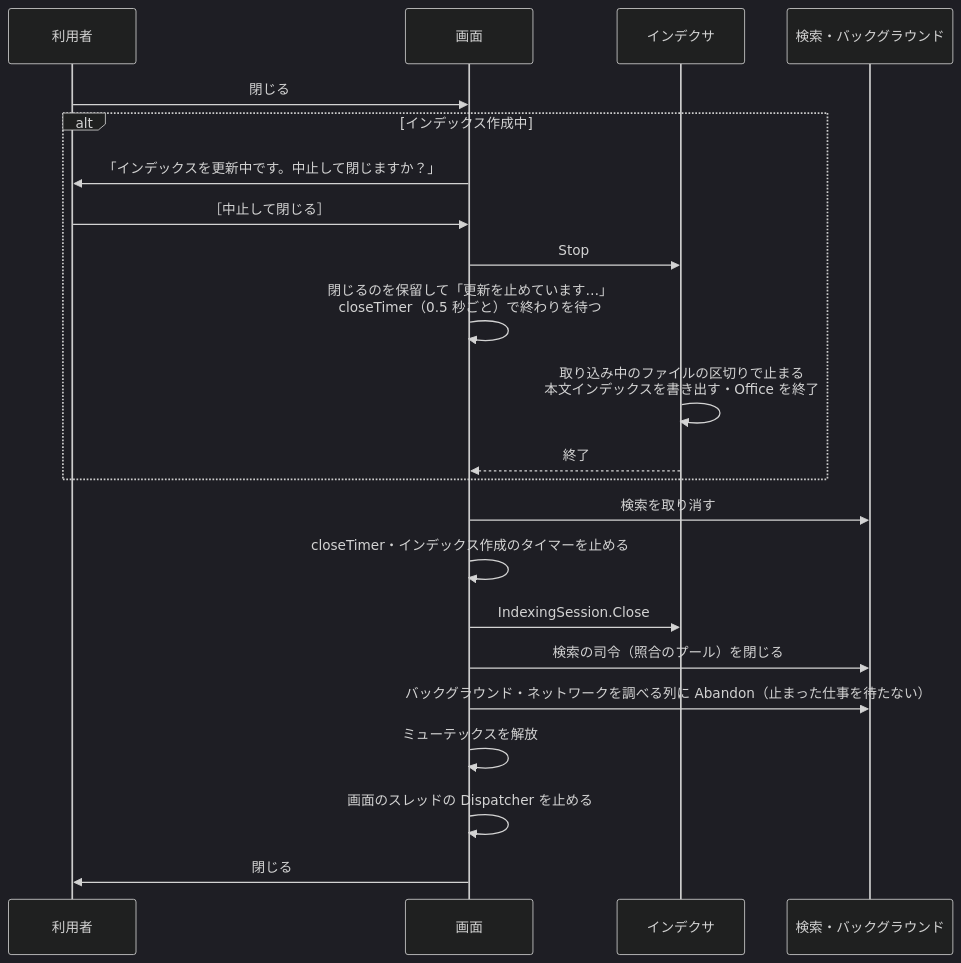
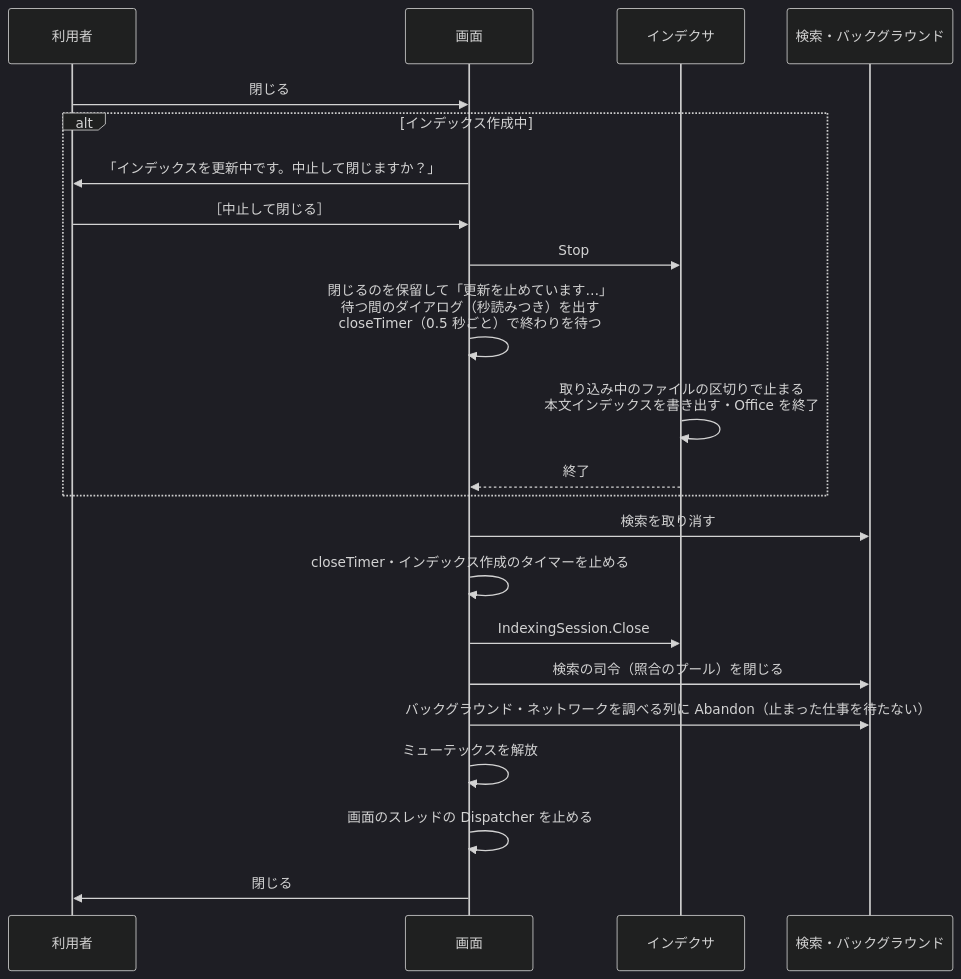
Before and after one commit to hsgwa/tebunko: the diagram in docs/design/structure/closing.md, drawn with Mermaid (dark theme). The commit also changed 10 other files, not shown here.

````diff
--- a/docs/design/structure/closing.md
+++ b/docs/design/structure/closing.md
@@ -7,24 +7,24 @@
 ```mermaid
 sequenceDiagram
     participant U as 利用者
     participant G as 画面
     participant I as インデクサ
     participant S as 検索・バックグラウンド
     U->>G: 閉じる
     alt インデックス作成中
         G->>U: 「インデックスを更新中です。中止して閉じますか？」
         U->>G: ［中止して閉じる］
         G->>I: Stop
-        G->>G: 閉じるのを保留して「更新を止めています…」<br>closeTimer（0.5 秒ごと）で終わりを待つ
+        G->>G: 閉じるのを保留して「更新を止めています…」<br>待つ間のダイアログ（秒読みつき）を出す<br>closeTimer（0.5 秒ごと）で終わりを待つ
         I->>I: 取り込み中のファイルの区切りで止まる<br>本文インデックスを書き出す・Office を終了
         I-->>G: 終了
     end
     G->>S: 検索を取り消す
     G->>G: closeTimer・インデックス作成のタイマーを止める
     G->>I: IndexingSession.Close
     G->>S: 検索の司令（照合のプール）を閉じる
     G->>S: バックグラウンド・ネットワークを調べる列に Abandon（止まった仕事を待たない）
     G->>G: ミューテックスを解放
     G->>G: 画面のスレッドの Dispatcher を止める
     G->>U: 閉じる
 ```
````
